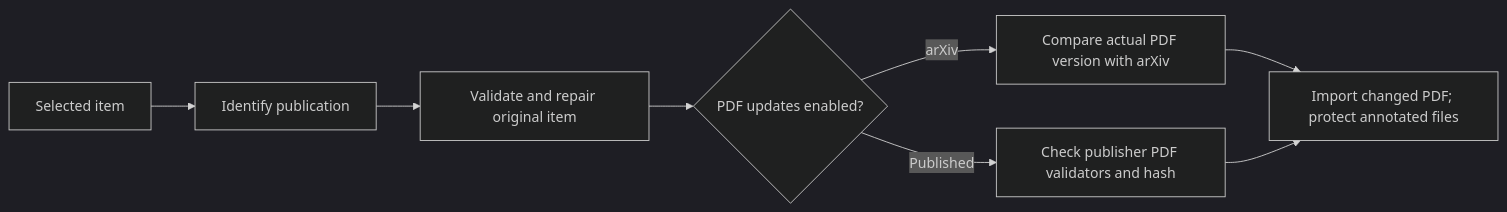
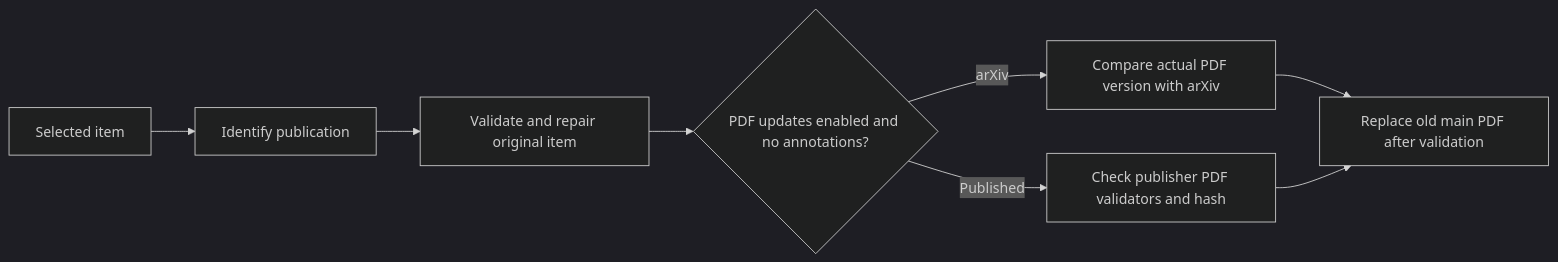
One commit to lzcn/zotero-metadata-fixer changed the diagram in README.md. Above: the diagram before and after it, drawn with Mermaid (dark theme). The commit also changed other lines of this file and 7 other files, not shown here.

Commit message:
Skip PDF updates for annotated items and replace outdated main files

````diff
--- a/README.md
+++ b/README.md
@@ -30,10 +30,10 @@
 ```mermaid
 flowchart LR
   A[Selected item] --> B[Identify publication]
   B --> C[Validate and repair original item]
-  C --> D{PDF updates enabled?}
+  C --> D{PDF updates enabled and no annotations?}
   D -->|arXiv| E[Compare actual PDF version with arXiv]
   D -->|Published| F[Check publisher PDF validators and hash]
-  E --> G[Import changed PDF; protect annotated files]
+  E --> G[Replace old main PDF after validation]
   F --> G
 ```
````
